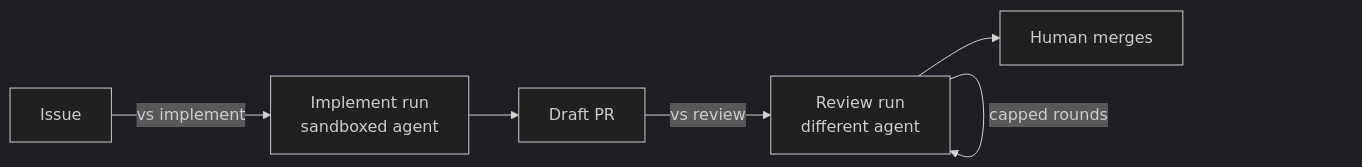
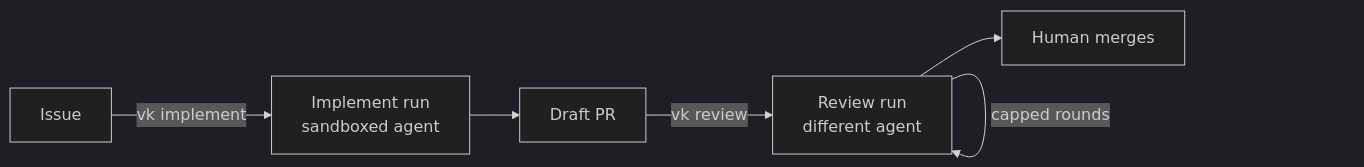
The diagram in CONTRIBUTING.md (jd-solanki/vishwakarma), drawn with Mermaid (dark theme) before and after one commit. The commit also changed other lines of this file and 16 other files, not shown here.

````diff
--- a/CONTRIBUTING.md
+++ b/CONTRIBUTING.md
@@ -14,8 +14,8 @@
 ```mermaid
 flowchart LR
-    I[Issue] -->|vs implement| IR[Implement run<br/>sandboxed agent]
+    I[Issue] -->|vk implement| IR[Implement run<br/>sandboxed agent]
     IR --> PR[Draft PR]
-    PR -->|vs review| RR[Review run<br/>different agent]
+    PR -->|vk review| RR[Review run<br/>different agent]
     RR -->|capped rounds| RR
     RR --> H[Human merges]
 ```
````
